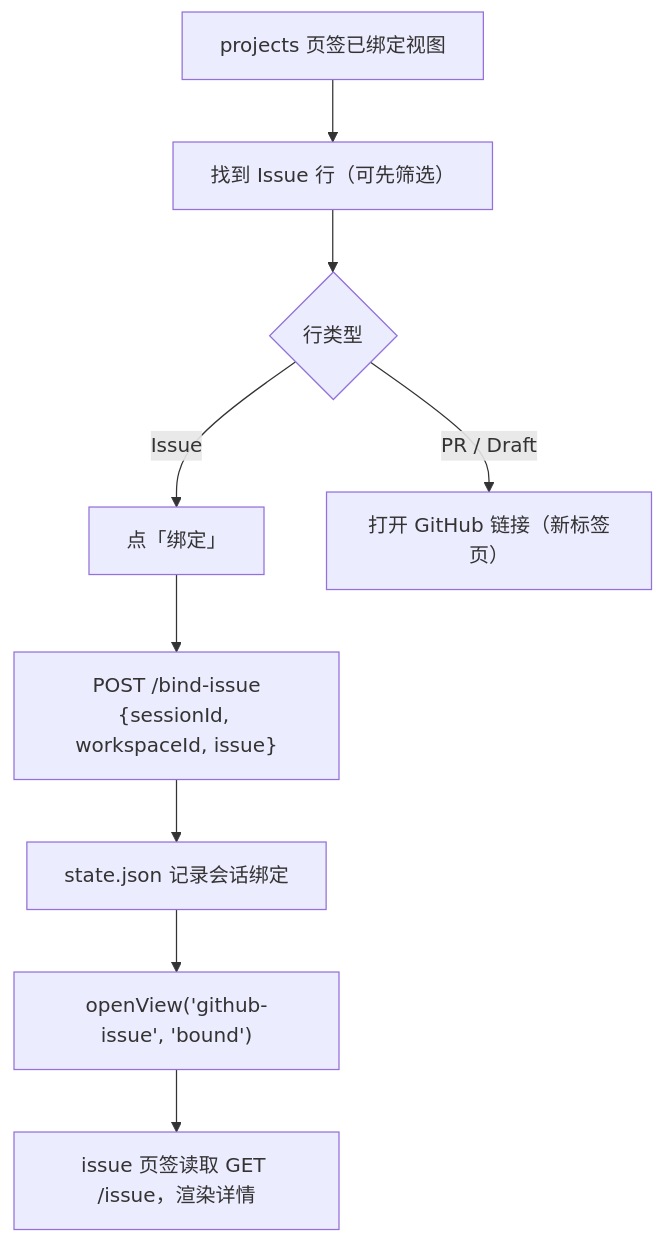
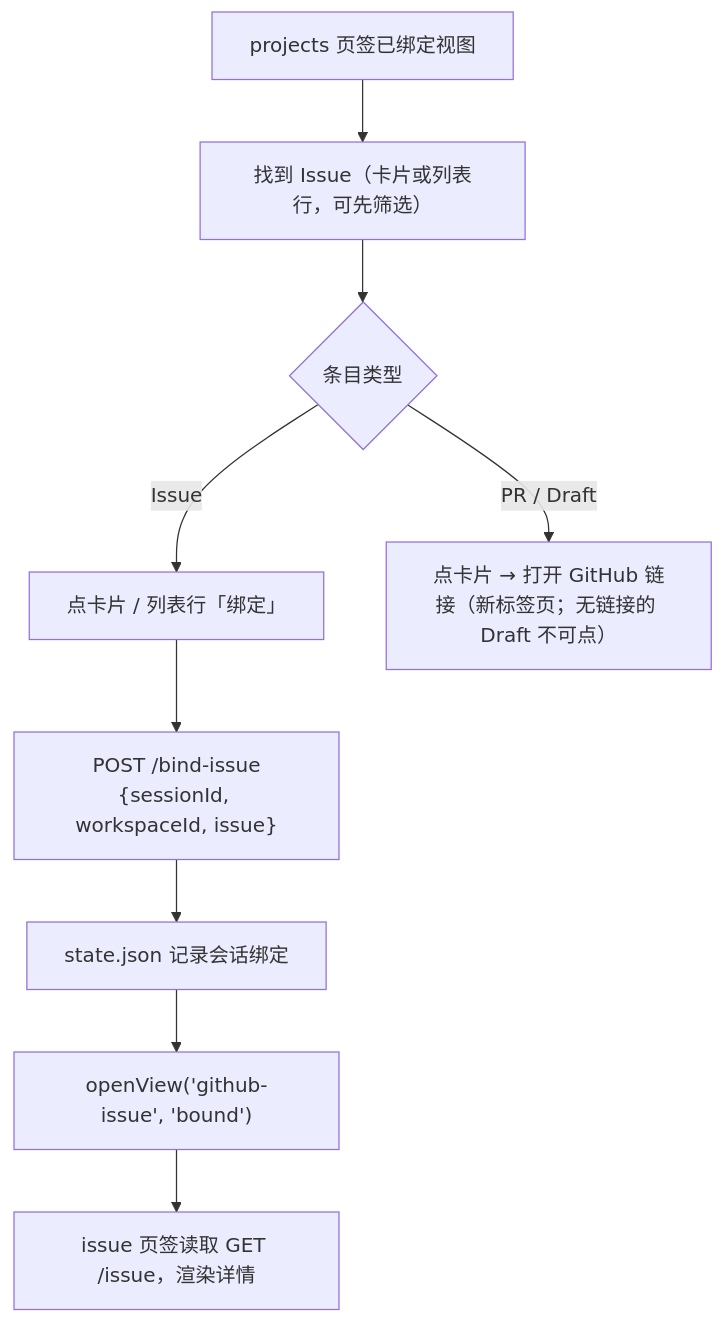
Before and after one commit to ceasarXuu/dsh-github-projects: the third of 6 diagrams in docs/DESIGN.zh.md, drawn with Mermaid. The commit also changed other lines of this file and 20 other files, not shown here.

````diff
--- a/docs/DESIGN.zh.md
+++ b/docs/DESIGN.zh.md
@@ -188,11 +213,11 @@
 ```mermaid
 flowchart TD
-    A["projects 页签已绑定视图"] --> B["找到 Issue 行（可先筛选）"]
-    B --> C{"行类型"}
-    C -- "Issue" --> D["点「绑定」"]
+    A["projects 页签已绑定视图"] --> B["找到 Issue（卡片或列表行，可先筛选）"]
+    B --> C{"条目类型"}
+    C -- "Issue" --> D["点卡片 / 列表行「绑定」"]
     D --> E["POST /bind-issue<br/>{sessionId, workspaceId, issue}"]
     E --> F["state.json 记录会话绑定"]
     F --> G["openView('github-issue', 'bound')"]
     G --> H["issue 页签读取 GET /issue，渲染详情"]
-    C -- "PR / Draft" --> I["打开 GitHub 链接（新标签页）"]
+    C -- "PR / Draft" --> I["点卡片 → 打开 GitHub 链接（新标签页；无链接的 Draft 不可点）"]
 ```
````
